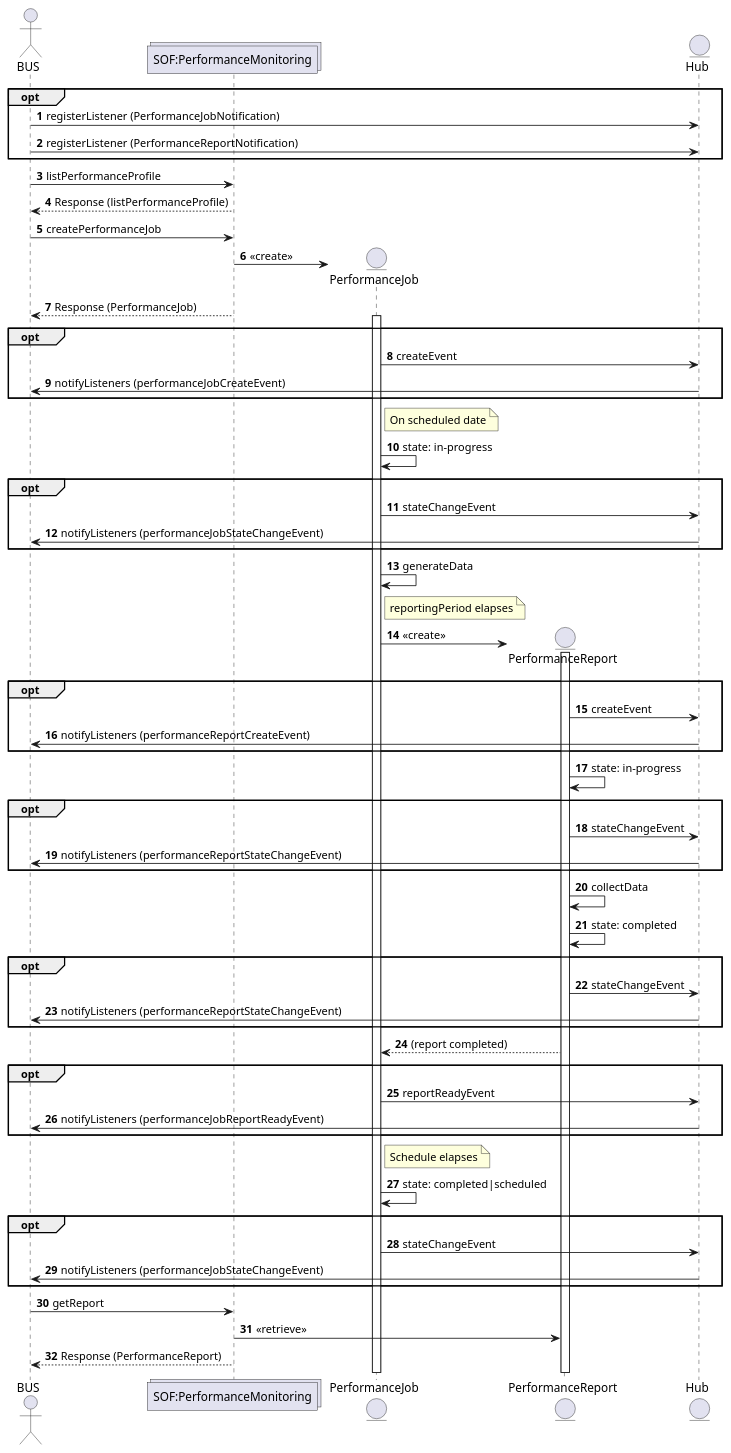
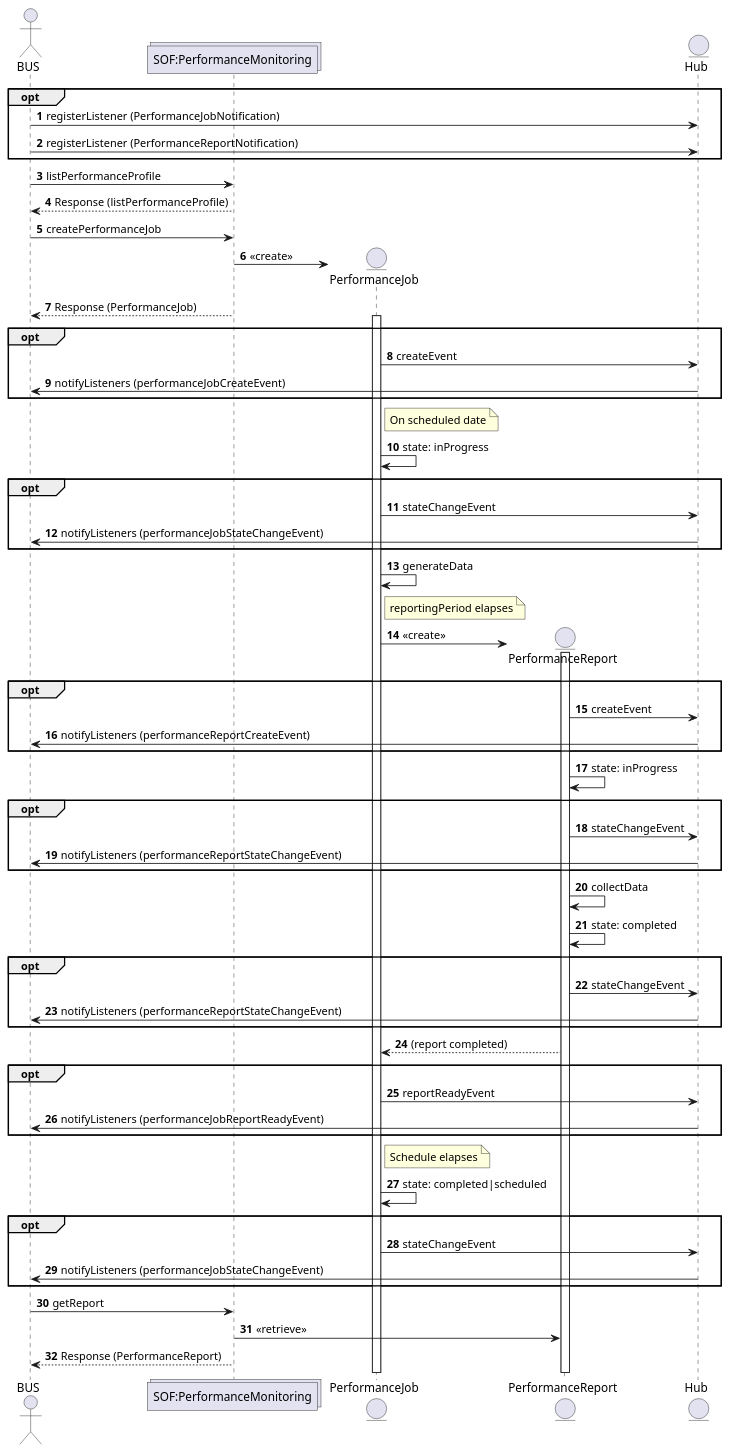
Before and after one commit to MEF-GIT/MEF-LSO-Interlude-SDK: the diagram in documentation/serviceApi/pm/performance/media/src/pmProvisioningOutsideServiceOrder.puml, drawn with PlantUML. The commit also changed 122 other files, not shown here.

```diff
--- a/documentation/serviceApi/pm/performance/media/src/pmProvisioningOutsideServiceOrder.puml
+++ b/documentation/serviceApi/pm/performance/media/src/pmProvisioningOutsideServiceOrder.puml
@@ -1,91 +1,91 @@
 @startuml pmProvisioningOutsideServiceOrder
 autonumber
 
 actor BUS as B
 collections "SOF:PerformanceMonitoring" as PM
 
 entity Hub 
 
 opt
 B -> Hub: registerListener (PerformanceJobNotification)
 B -> Hub: registerListener (PerformanceReportNotification)
 end
 
 B -> PM: listPerformanceProfile
 PM --> B: Response (listPerformanceProfile)
 
 B -> PM: createPerformanceJob
 
 create entity PerformanceJob as PJ
 PM -> PJ: <<create>>
 
 PM --> B: Response (PerformanceJob)
 
 activate PJ
 
 opt
 PJ -> Hub: createEvent
 Hub -> B: notifyListeners (performanceJobCreateEvent)
 end
 
 note right of PJ: On scheduled date
-PJ -> PJ: state: in-progress
+PJ -> PJ: state: inProgress
 
 opt
 PJ -> Hub: stateChangeEvent
 Hub -> B: notifyListeners (performanceJobStateChangeEvent)
 end
 
 PJ -> PJ: generateData
 
 note right of PJ: reportingPeriod elapses
 
 create entity PerformanceReport as PR
 PJ -> PR: <<create>>
 
 activate PR
 
 opt
 PR -> Hub: createEvent
 Hub -> B: notifyListeners (performanceReportCreateEvent)
 end
 
-PR -> PR: state: in-progress
+PR -> PR: state: inProgress
 
 opt
 PR -> Hub: stateChangeEvent
 Hub -> B: notifyListeners (performanceReportStateChangeEvent)
 end
 
 PR -> PR: collectData
 
 PR -> PR: state: completed
 
 opt
 PR -> Hub: stateChangeEvent
 Hub -> B: notifyListeners (performanceReportStateChangeEvent)
 end
 
 PR --> PJ: (report completed)
 
 opt
 PJ -> Hub: reportReadyEvent
 Hub -> B: notifyListeners (performanceJobReportReadyEvent)
 end
 
 note right of PJ: Schedule elapses
 
 PJ -> PJ: state: completed|scheduled
 
 opt
 PJ -> Hub: stateChangeEvent
 Hub -> B: notifyListeners (performanceJobStateChangeEvent)
 end
 
 B -> PM: getReport
 PM -> PR: <<retrieve>>
 PM --> B: Response (PerformanceReport)
 
 entity Hub
 
 @enduml
```
